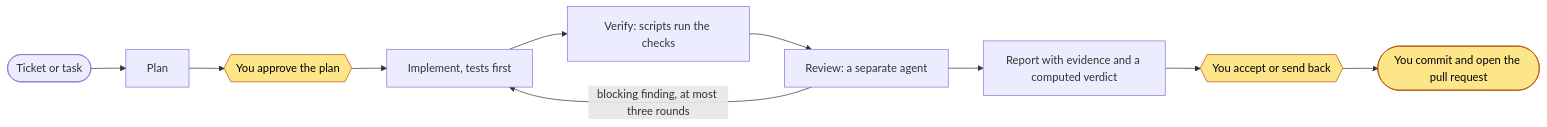
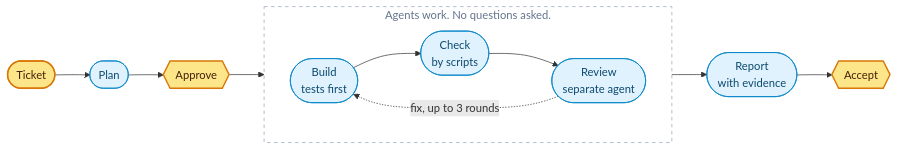
One commit to hoangthuytruc/orchard-automata changed the diagram in README.md. Above: the diagram before and after it, drawn with Mermaid. The commit also changed other lines of this file, not shown here.

````diff
--- a/README.md
+++ b/README.md
@@ -15,15 +21,15 @@
 ```mermaid
 flowchart LR
-    A([Ticket or task]) --> B[Plan]
-    B --> C{{You approve the plan}}
-    C --> D[Implement, tests first]
-    D --> E[Verify: scripts run the checks]
-    E --> F[Review: a separate agent]
-    F -->|blocking finding, at most three rounds| D
-    F --> G[Report with evidence and a computed verdict]
-    G --> H{{You accept or send back}}
-    H --> I([You commit and open the pull request])
+    T([Ticket]):::you --> P([Plan]):::agent --> A{{Approve}}:::you
+    subgraph run [" Agents work. No questions asked. "]
+        direction LR
+        B([Build<br/>tests first]):::agent --> C([Check<br/>by scripts]):::agent --> R([Review<br/>separate agent]):::agent
+        R -. fix, up to 3 rounds .-> B
+    end
+    A --> B
+    R --> E([Report<br/>with evidence]):::agent --> X{{Accept}}:::you
 
-    classDef person fill:#fde68a,stroke:#b45309,color:#000
-    class C,H,I person
+    classDef you fill:#fde68a,stroke:#d97706,stroke-width:2px,color:#422006
+    classDef agent fill:#e0f2fe,stroke:#0284c7,color:#0c4a6e
+    style run fill:transparent,stroke:#94a3b8,stroke-dasharray:5 5,color:#64748b
 ```
````
